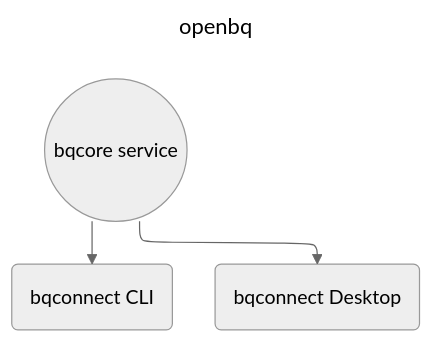
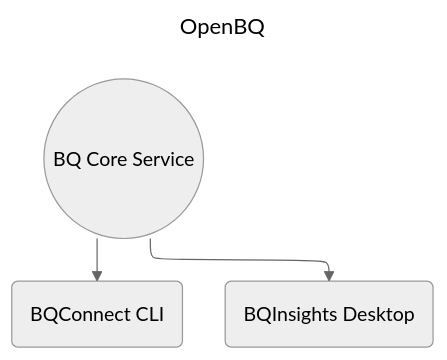
One commit to Open-Source-Biometric-Quality-Framework/Open-Source-Biometric-Quality-Framework.github.io changed the first of 4 diagrams in index/framework.md. Above: the diagram before and after it, drawn with Mermaid. The commit also changed other lines of this file and 9 other files, not shown here.

````diff
--- a/index/framework.md
+++ b/index/framework.md
@@ -26,11 +26,11 @@
 ``` mermaid
 ---
-title: openbq
+title: OpenBQ
 config:
   theme: neutral
   layout: elk
 ---
 graph TD
-  core((bqcore service)) --> cli(bqconnect CLI)
-  core --> gui(bqconnect Desktop)
+  core((BQ Core Service)) --> cli(BQConnect CLI)
+  core --> gui(BQInsights Desktop)
 ```
````
